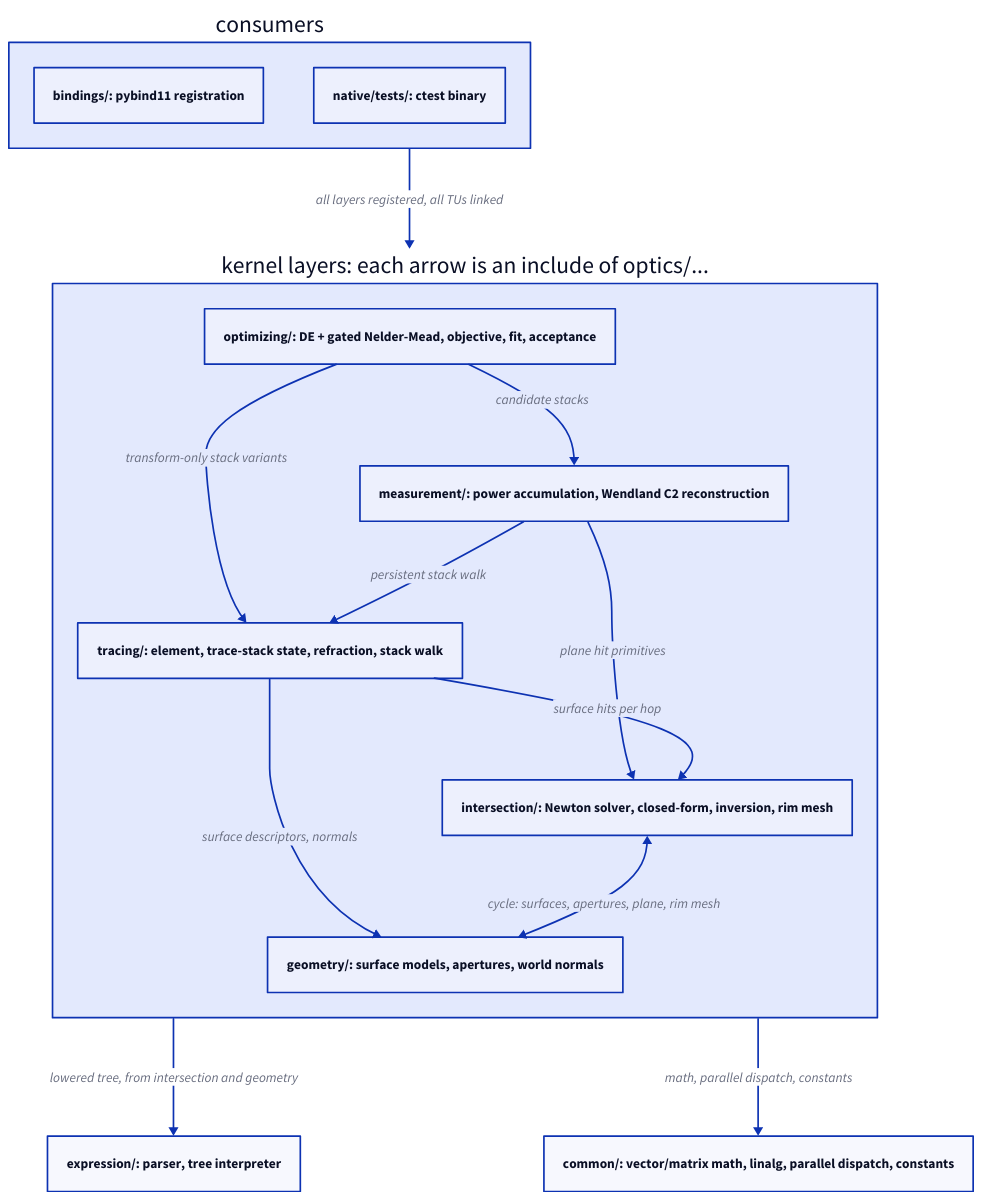
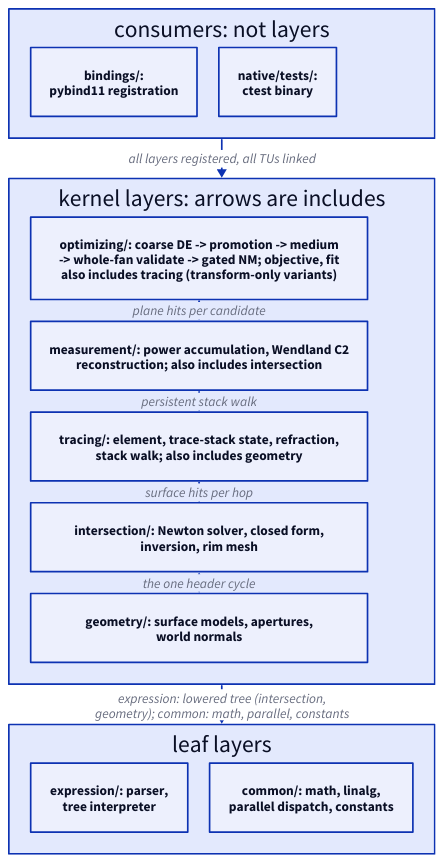
One commit to propane865/OpticsSimulator changed the diagram in docs/diagrams/native-modules.d2. Above: the diagram before and after it, drawn with D2. The commit also changed 16 other files, not shown here.

Commit message:
docs: update diagrams and architecture

```diff
--- a/docs/diagrams/native-modules.d2
+++ b/docs/diagrams/native-modules.d2
@@ -1,30 +1,34 @@
-direction: down
+grid-rows: 3
+grid-gap: 48
 
-consumers: {
-  direction: right
-  bindings: "bindings/: pybind11 registration"
-  ntests: "native/tests/: ctest binary"
+consumers: "consumers: not layers" {
+  grid-columns: 2
+  grid-gap: 26
+  bindings: "bindings/:\npybind11 registration"
+  ntests: "native/tests/:\nctest binary"
 }
 
-kernels: "kernel layers: each arrow is an include of optics/..." {
-  optimizing: "optimizing/: DE + gated Nelder-Mead, objective, fit, acceptance"
-  measurement: "measurement/: power accumulation, Wendland C2 reconstruction"
-  tracing: "tracing/: element, trace-stack state, refraction, stack walk"
-  intersection: "intersection/: Newton solver, closed-form, inversion, rim mesh"
-  geometry: "geometry/: surface models, apertures, world normals"
+kernels: "kernel layers: arrows are includes" {
+  grid-rows: 5
+  grid-gap: 26
+  optimizing: "optimizing/: coarse DE -> promotion -> medium\n-> whole-fan validate -> gated NM; objective, fit\nalso includes tracing (transform-only variants)"
+  measurement: "measurement/: power accumulation, Wendland C2\nreconstruction; also includes intersection"
+  tracing: "tracing/: element, trace-stack state, refraction,\nstack walk; also includes geometry"
+  intersection: "intersection/: Newton solver, closed form,\ninversion, rim mesh"
+  geometry: "geometry/: surface models, apertures,\nworld normals"
 
-  optimizing -> measurement: candidate stacks
-  optimizing -> tracing: transform-only stack variants
+  optimizing -> measurement: "plane hits per candidate"
   measurement -> tracing: persistent stack walk
-  measurement -> intersection: plane hit primitives
   tracing -> intersection: surface hits per hop
-  tracing -> geometry: surface descriptors, normals
-  intersection <-> geometry: "cycle: surfaces, apertures, plane, rim mesh"
+  intersection <-> geometry: the one header cycle
 }
 
-expression: "expression/: parser, tree interpreter"
-common: "common/: vector/matrix math, linalg, parallel dispatch, constants"
+base: "leaf layers" {
+  grid-columns: 2
+  grid-gap: 26
+  expression: "expression/: parser,\ntree interpreter"
+  common: "common/: math, linalg,\nparallel dispatch, constants"
+}
 
 consumers -> kernels: "all layers registered, all TUs linked"
-kernels -> expression: "lowered tree, from intersection and geometry"
-kernels -> common: "math, parallel dispatch, constants"
+kernels -> base: "expression: lowered tree (intersection,\ngeometry); common: math, parallel, constants"
```
